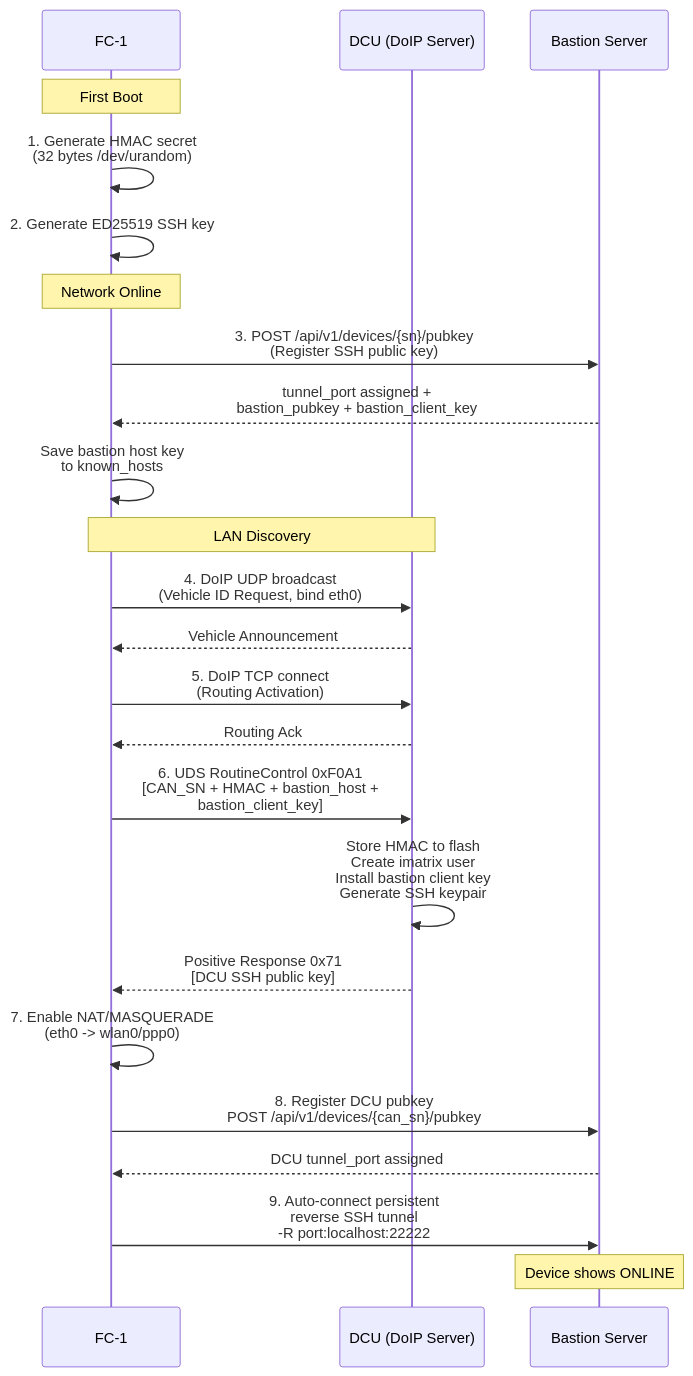
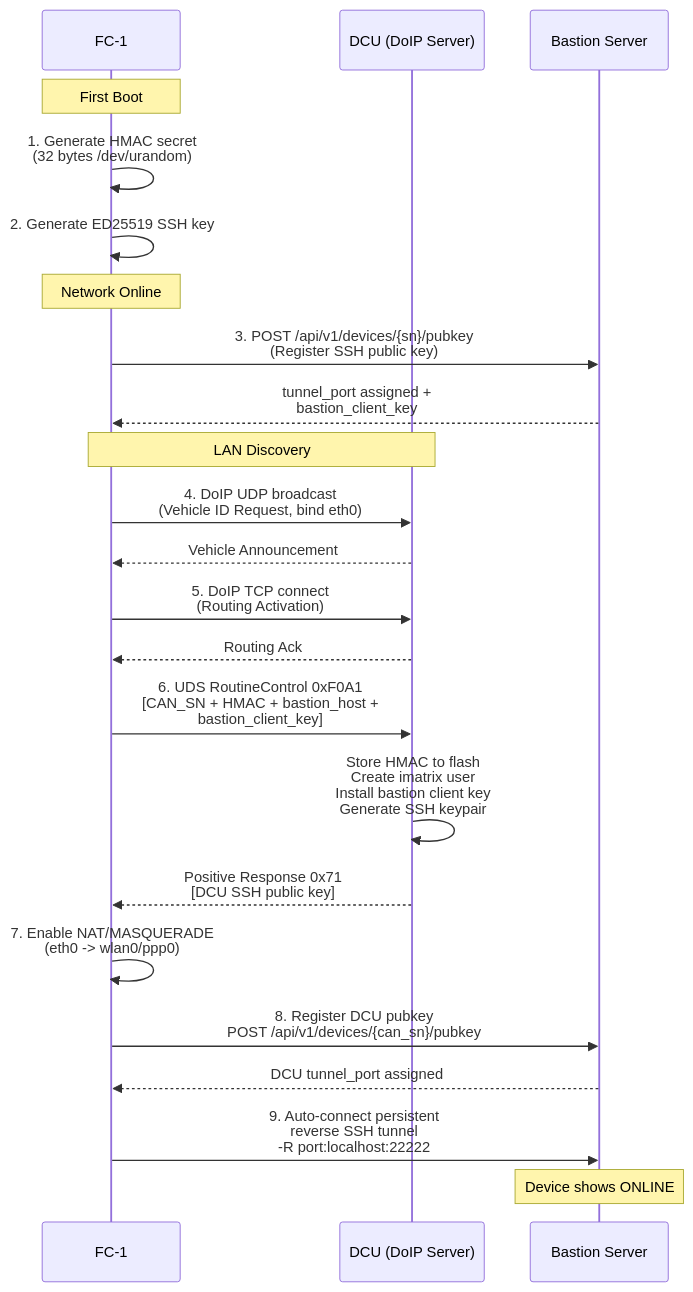
Before and after one commit to imatrix-systems/DoIP: the diagram in docs/diagrams/provisioning_flow.mmd, drawn with Mermaid. The commit also changed 9 other files, not shown here.

```diff
--- a/docs/diagrams/provisioning_flow.mmd
+++ b/docs/diagrams/provisioning_flow.mmd
@@ -1,33 +1,31 @@
 sequenceDiagram
     participant FC1 as FC-1
     participant DCU as DCU (DoIP Server)
     participant BASTION as Bastion Server
 
     Note over FC1: First Boot
     FC1->>FC1: 1. Generate HMAC secret<br/>(32 bytes /dev/urandom)
     FC1->>FC1: 2. Generate ED25519 SSH key
 
     Note over FC1: Network Online
     FC1->>BASTION: 3. POST /api/v1/devices/{sn}/pubkey<br/>(Register SSH public key)
-    BASTION-->>FC1: tunnel_port assigned +<br/>bastion_pubkey + bastion_client_key
-
-    FC1->>FC1: Save bastion host key<br/>to known_hosts
+    BASTION-->>FC1: tunnel_port assigned +<br/>bastion_client_key
 
     Note over FC1,DCU: LAN Discovery
     FC1->>DCU: 4. DoIP UDP broadcast<br/>(Vehicle ID Request, bind eth0)
     DCU-->>FC1: Vehicle Announcement
 
     FC1->>DCU: 5. DoIP TCP connect<br/>(Routing Activation)
     DCU-->>FC1: Routing Ack
 
     FC1->>DCU: 6. UDS RoutineControl 0xF0A1<br/>[CAN_SN + HMAC + bastion_host +<br/>bastion_client_key]
     DCU->>DCU: Store HMAC to flash<br/>Create imatrix user<br/>Install bastion client key<br/>Generate SSH keypair
     DCU-->>FC1: Positive Response 0x71<br/>[DCU SSH public key]
 
     FC1->>FC1: 7. Enable NAT/MASQUERADE<br/>(eth0 -> wlan0/ppp0)
 
     FC1->>BASTION: 8. Register DCU pubkey<br/>POST /api/v1/devices/{can_sn}/pubkey
     BASTION-->>FC1: DCU tunnel_port assigned
 
     FC1->>BASTION: 9. Auto-connect persistent<br/>reverse SSH tunnel<br/>-R port:localhost:22222
     Note over BASTION: Device shows ONLINE
```
